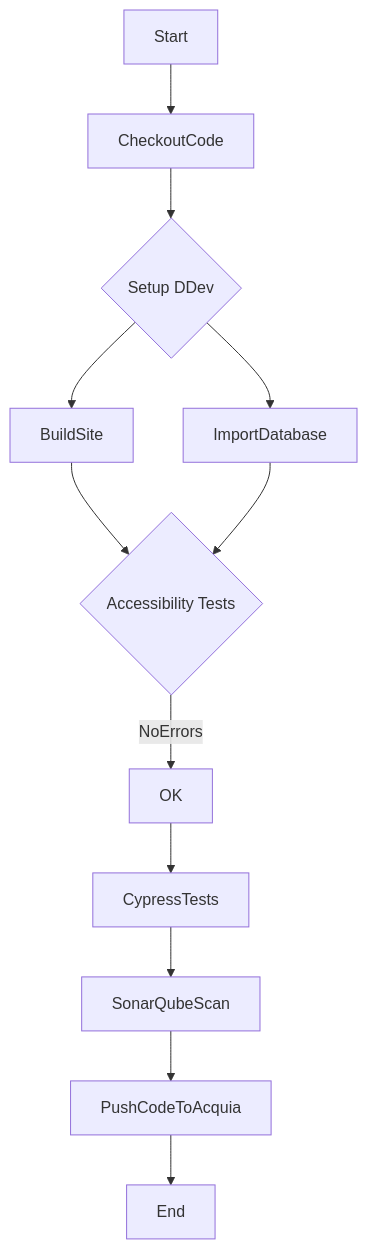
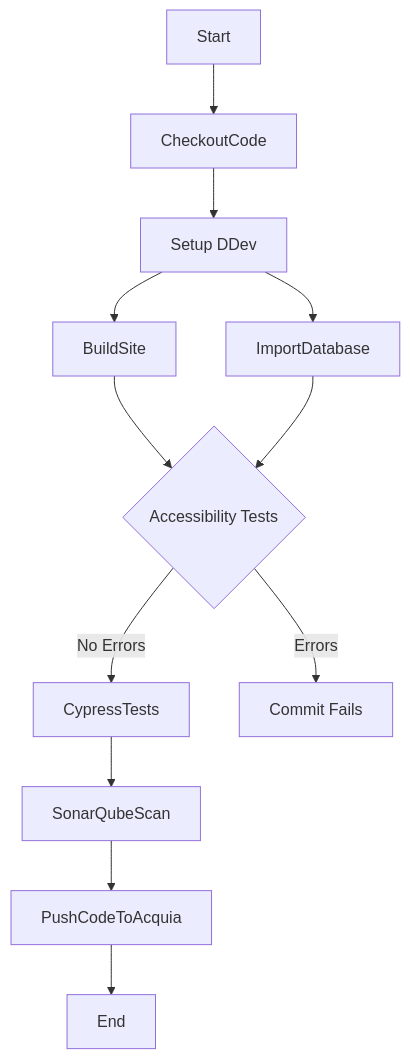
Before and after one commit to mgifford/mermaid-graphs: the third of 3 diagrams in workflow.md, drawn with Mermaid.

````diff
--- a/workflow.md
+++ b/workflow.md
@@ -38,14 +38,14 @@
 ```mermaid
 graph TD
     Start-->CheckoutCode;
-    CheckoutCode-->SetupDDev{Setup DDev};
+    CheckoutCode-->SetupDDev[Setup DDev];
     SetupDDev-->BuildSite;
     SetupDDev-->ImportDatabase;
     BuildSite-->AccessibilityTests;
     ImportDatabase-->AccessibilityTests{Accessibility Tests};
-    AccessibilityTests --> |NoErrors| AccessibilityTestsOk[OK]
-    AccessibilityTestsOk-->CypressTests;
+    AccessibilityTests --> |No Errors| CypressTests;
+    AccessibilityTests --> |Errors| CommitFails[Commit Fails]
     CypressTests-->SonarQubeScan;
     SonarQubeScan-->PushCodeToAcquia;
     PushCodeToAcquia-->End;
 ```
````
